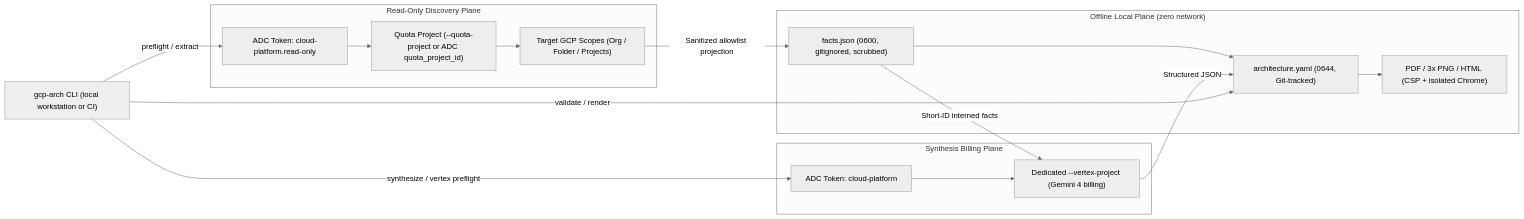
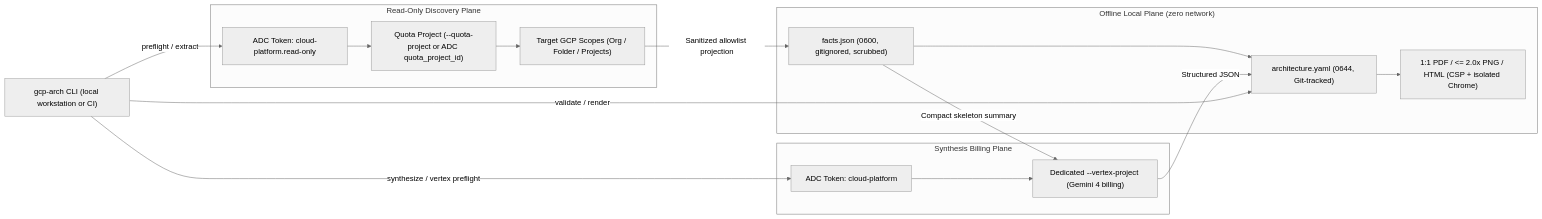
Before and after one commit to arrase/gcp-arch: the diagram in gh-pages/security_iam.md, drawn with Mermaid (neutral theme). The commit also changed other lines of this file and 172 other files, not shown here.

````diff
--- a/gh-pages/security_iam.md
+++ b/gh-pages/security_iam.md
@@ -17,33 +17,33 @@
 ```mermaid
 flowchart LR
     CLI["gcp-arch CLI (local workstation or CI)"]
 
     subgraph READ["Read-Only Discovery Plane"]
         RO["ADC Token: cloud-platform.read-only"]
         QP["Quota Project (--quota-project or ADC quota_project_id)"]
         TARGET["Target GCP Scopes (Org / Folder / Projects)"]
         RO --> QP
         QP --> TARGET
     end
 
     subgraph VERTEX["Synthesis Billing Plane"]
         CP["ADC Token: cloud-platform"]
         VP["Dedicated --vertex-project (Gemini 4 billing)"]
         CP --> VP
     end
 
     subgraph OFFLINE["Offline Local Plane (zero network)"]
         FACTS["facts.json (0600, gitignored, scrubbed)"]
         YAML["architecture.yaml (0644, Git-tracked)"]
-        OUT["PDF / 3x PNG / HTML (CSP + isolated Chrome)"]
+        OUT["1:1 PDF / <= 2.0x PNG / HTML (CSP + isolated Chrome)"]
         FACTS --> YAML
         YAML --> OUT
     end
 
     CLI -- "preflight / extract" --> RO
     TARGET -- "Sanitized allowlist projection" --> FACTS
     CLI -- "synthesize / vertex preflight" --> CP
-    FACTS -- "Short-ID interned facts" --> VP
+    FACTS -- "Compact skeleton summary" --> VP
     VP -- "Structured JSON" --> YAML
     CLI -- "validate / render" --> YAML
 ```
````
